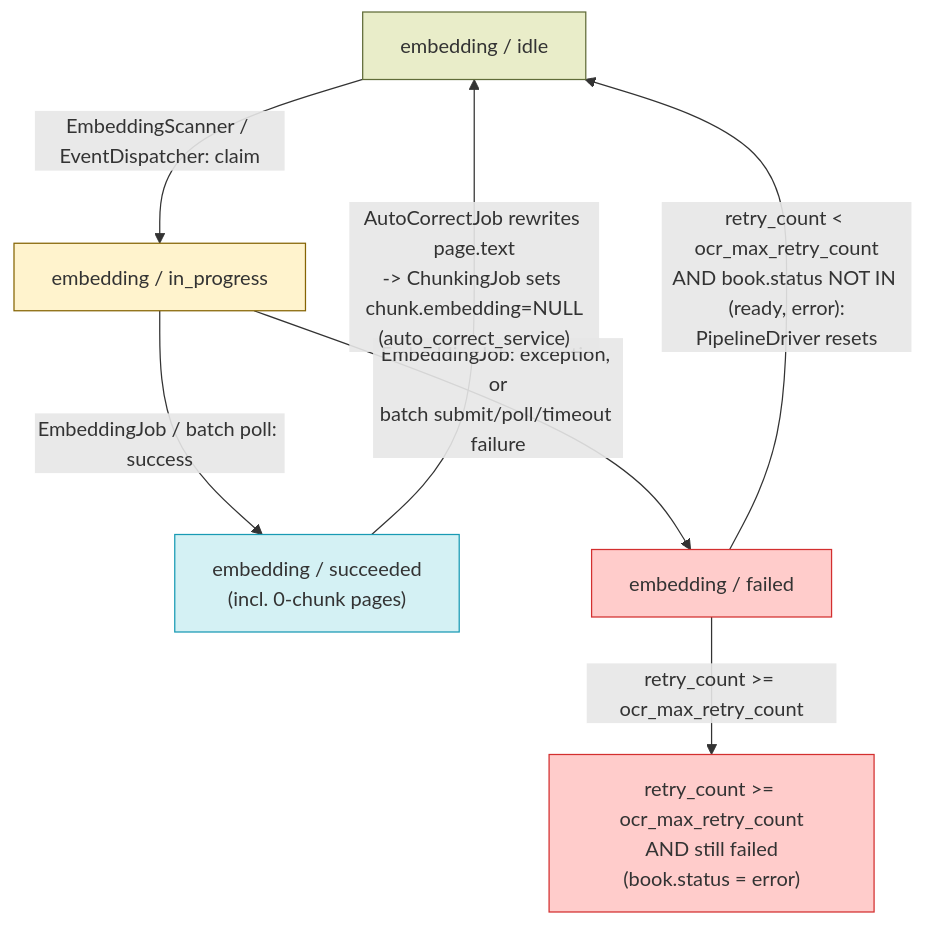
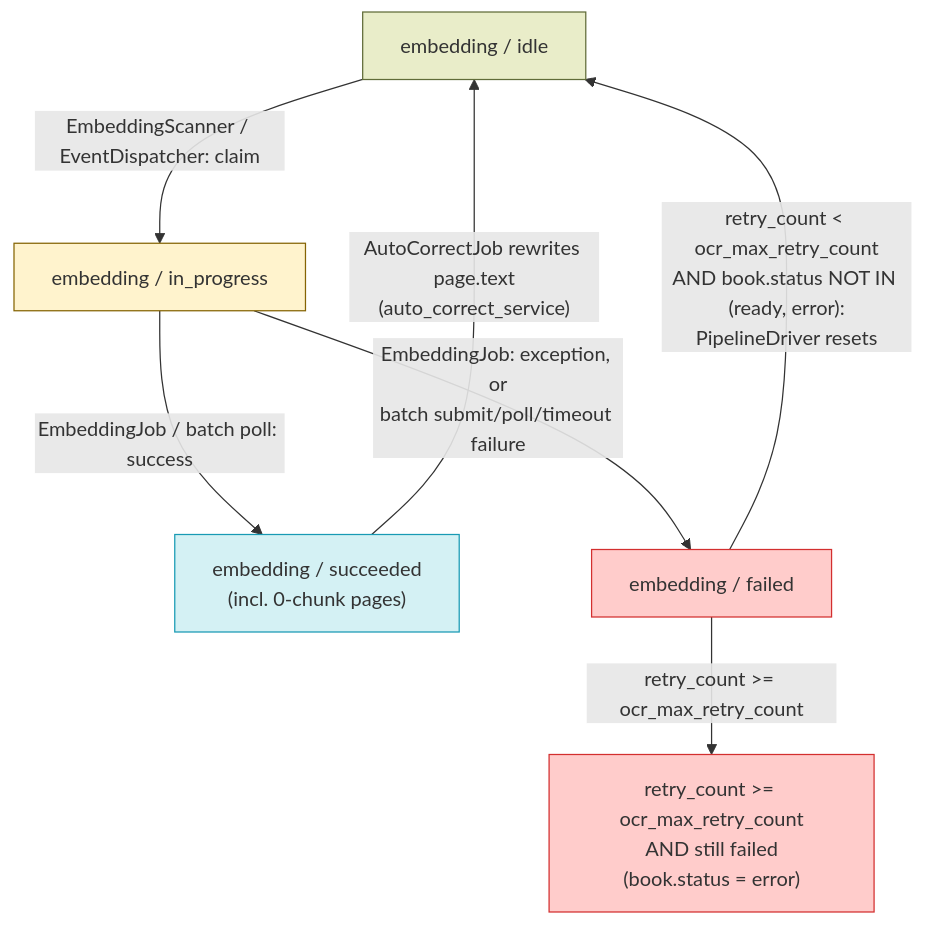
One commit to Kitabim-AI/kitabim-ai changed the second of 2 diagrams in docs/main/EMBEDDING_DESIGN.md. Above: the diagram before and after it, drawn with Mermaid.

Commit message:
docs: fix EMB_OK->EMB_IDLE edge to attribute embedding_milestone reset to auto_correct_service, not ChunkingJob
The State Machine diagram wrongly implied ChunkingJob was an intermediate
step driving the embedding_milestone flip back to idle. In fact
apply_auto_corrections_to_page sets embedding_milestone=idle directly in
the same UPDATE as chunking_milestone=idle (auto_correct_service.py:175-176)
- no ChunkingJob involvement. This matches the doc's own Overview bullet
and the analogous edge style in CHUNKING_DESIGN.md.

````diff
--- a/docs/main/EMBEDDING_DESIGN.md
+++ b/docs/main/EMBEDDING_DESIGN.md
@@ -273,25 +273,25 @@
 ```mermaid
 flowchart TD
     EMB_IDLE["embedding / idle"]
     EMB_IP["embedding / in_progress"]
     EMB_OK["embedding / succeeded<br/>(incl. 0-chunk pages)"]
     EMB_FAIL["embedding / failed"]
     EXHAUSTED["retry_count >= ocr_max_retry_count<br/>AND still failed<br/>(book.status = error)"]
 
     EMB_IDLE -->|"EmbeddingScanner / EventDispatcher: claim"| EMB_IP
     EMB_IP -->|"EmbeddingJob / batch poll: success"| EMB_OK
     EMB_IP -->|"EmbeddingJob: exception, or<br/>batch submit/poll/timeout failure"| EMB_FAIL
     EMB_FAIL -->|"retry_count < ocr_max_retry_count<br/>AND book.status NOT IN (ready, error):<br/>PipelineDriver resets"| EMB_IDLE
     EMB_FAIL -->|"retry_count >= ocr_max_retry_count"| EXHAUSTED
-    EMB_OK -->|"AutoCorrectJob rewrites page.text<br/>-> ChunkingJob sets chunk.embedding=NULL<br/>(auto_correct_service)"| EMB_IDLE
+    EMB_OK -->|"AutoCorrectJob rewrites page.text<br/>(auto_correct_service)"| EMB_IDLE
 
     classDef idle fill:#e9edc9,stroke:#606c38
     classDef active fill:#fff3cd,stroke:#856404
     classDef done fill:#d4f1f4,stroke:#189ab4
     classDef fail fill:#ffcccb,stroke:#d32f2f
 
     class EMB_IDLE idle
     class EMB_IP active
     class EMB_OK done
     class EMB_FAIL,EXHAUSTED fail
 ```
````
